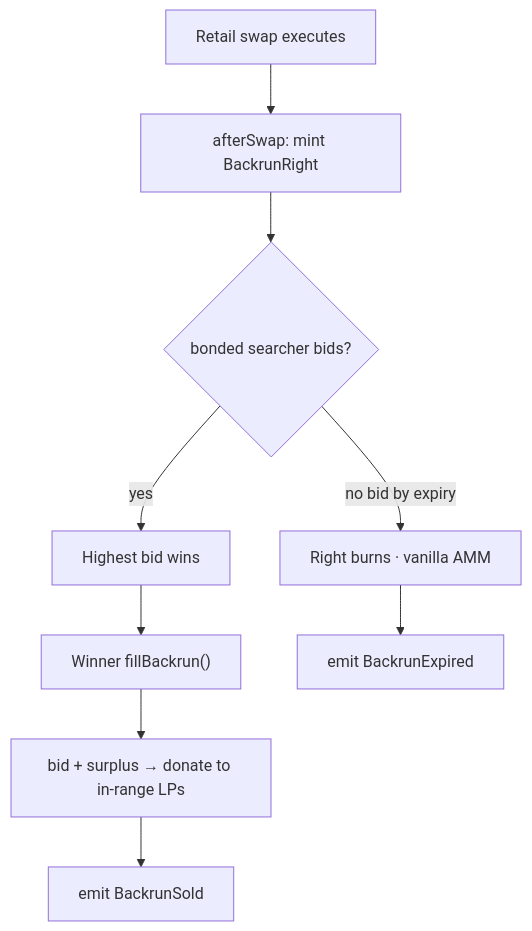
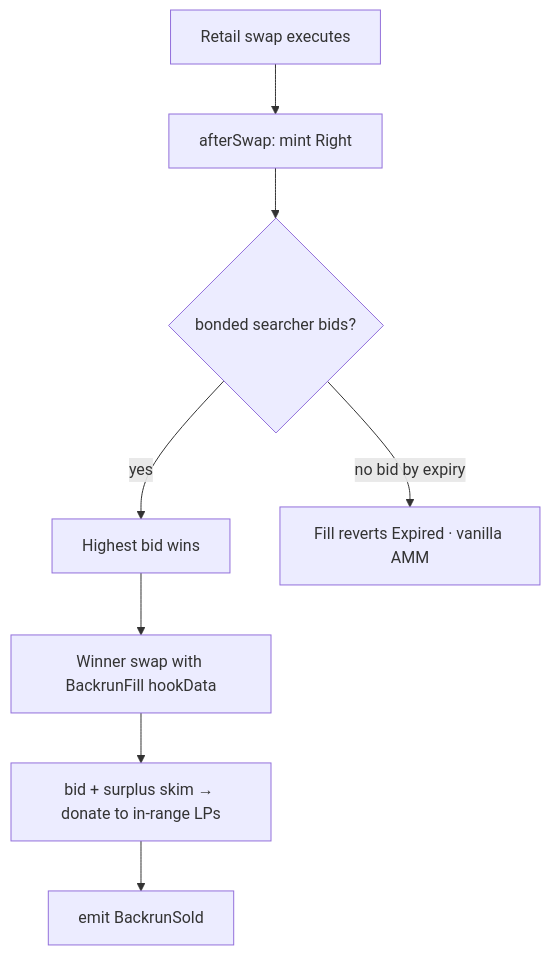
The first of 4 diagrams in README.md (Najnomics/sold-backrun), drawn with Mermaid before and after one commit. The commit also changed other lines of this file and 19 other files, not shown here.

First line of the commit message:
Restore the sbUSD/sbVOL book and drop leftover Fair Flow copy.

````diff
--- a/README.md
+++ b/README.md
@@ -46,11 +48,10 @@
 ```mermaid
 flowchart TD
-    A[Retail swap executes] --> B["afterSwap: mint BackrunRight"]
+    A[Retail swap executes] --> B["afterSwap: mint Right"]
     B --> C{bonded searcher bids?}
     C -- "yes" --> D[Highest bid wins]
-    D --> E["Winner fillBackrun()"]
-    E --> F["bid + surplus → donate to in-range LPs"]
-    C -- "no bid by expiry" --> G[Right burns · vanilla AMM]
+    D --> E["Winner swap with BackrunFill hookData"]
+    E --> F["bid + surplus skim → donate to in-range LPs"]
+    C -- "no bid by expiry" --> G[Fill reverts Expired · vanilla AMM]
     F --> H[emit BackrunSold]
-    G --> I[emit BackrunExpired]
 ```
````
